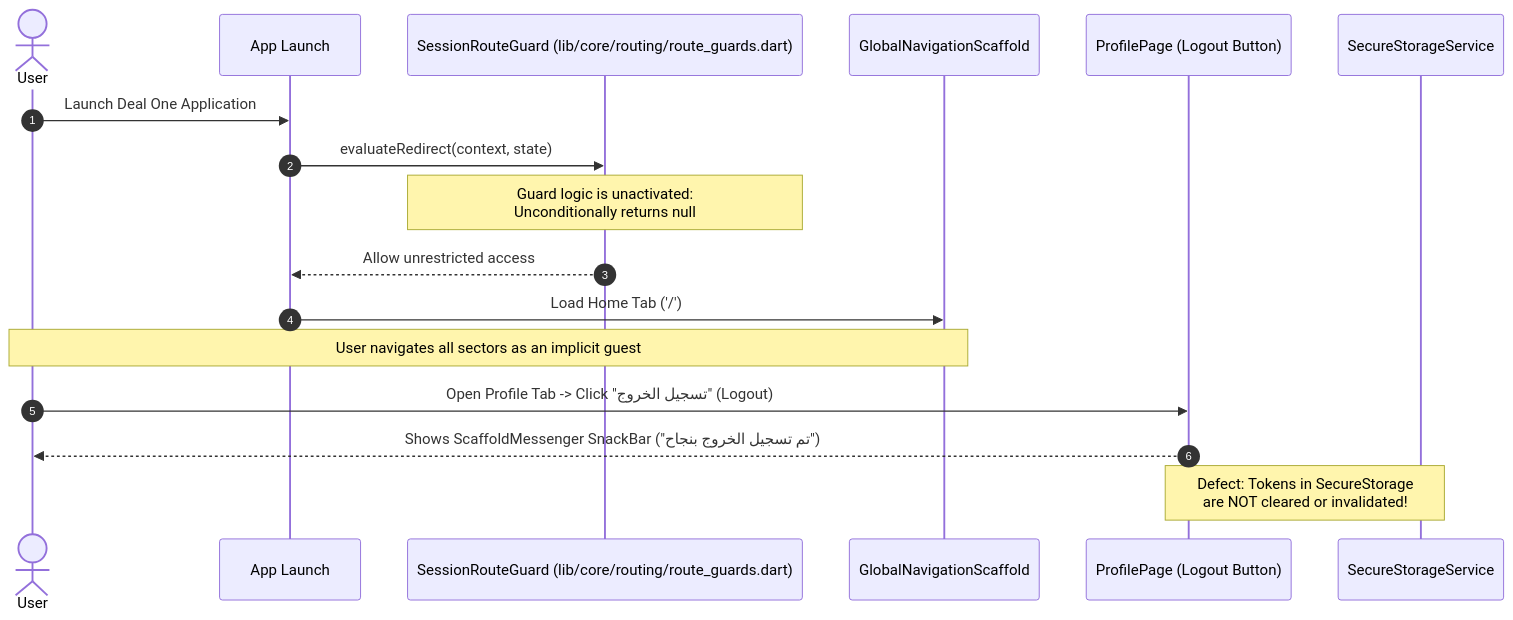
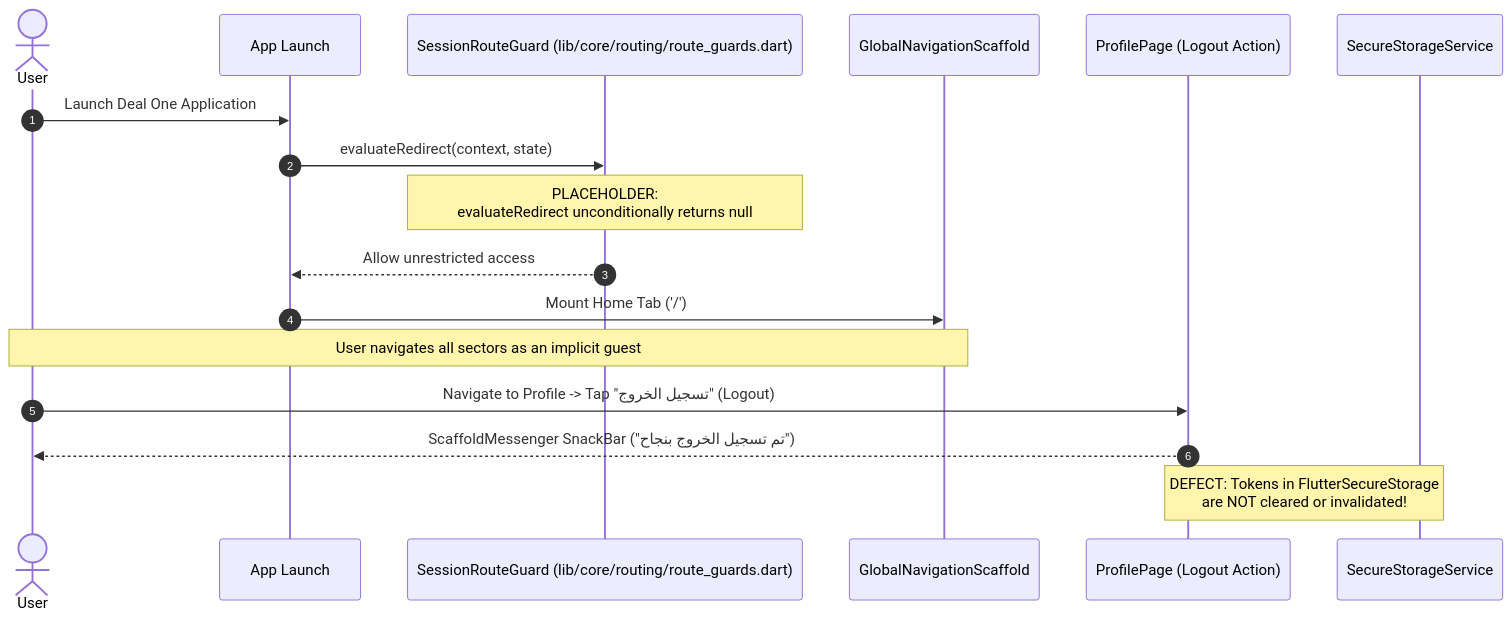
One commit to IbrahimElshishtawy/market_space changed the diagram in market_space/docs/mobile-system-design/09 – Authentication_and_Security.md. Above: the diagram before and after it, drawn with Mermaid. The commit also changed other lines of this file and 86 other files, not shown here.

````diff
--- a/market_space/docs/mobile-system-design/09 – Authentication_and_Security.md
+++ b/market_space/docs/mobile-system-design/09 – Authentication_and_Security.md
@@ -27,21 +27,21 @@
 ```mermaid
 sequenceDiagram
     autonumber
     actor User
     participant App as App Launch
     participant Guard as SessionRouteGuard (lib/core/routing/route_guards.dart)
     participant Shell as GlobalNavigationScaffold
-    participant Profile as ProfilePage (Logout Button)
+    participant Profile as ProfilePage (Logout Action)
     participant Storage as SecureStorageService
 
     User->>App: Launch Deal One Application
     App->>Guard: evaluateRedirect(context, state)
-    Note over Guard: Guard logic is unactivated:<br/>Unconditionally returns null
+    Note over Guard: PLACEHOLDER:<br/>evaluateRedirect unconditionally returns null
     Guard-->>App: Allow unrestricted access
-    App->>Shell: Load Home Tab ('/')
+    App->>Shell: Mount Home Tab ('/')
     Note over User,Shell: User navigates all sectors as an implicit guest
     
-    User->>Profile: Open Profile Tab -> Click "تسجيل الخروج" (Logout)
-    Profile-->>User: Shows ScaffoldMessenger SnackBar ("تم تسجيل الخروج بنجاح")
-    Note over Profile,Storage: Defect: Tokens in SecureStorage<br/>are NOT cleared or invalidated!
+    User->>Profile: Navigate to Profile -> Tap "تسجيل الخروج" (Logout)
+    Profile-->>User: ScaffoldMessenger SnackBar ("تم تسجيل الخروج بنجاح")
+    Note over Profile,Storage: DEFECT: Tokens in FlutterSecureStorage<br/>are NOT cleared or invalidated!
 ```
````
